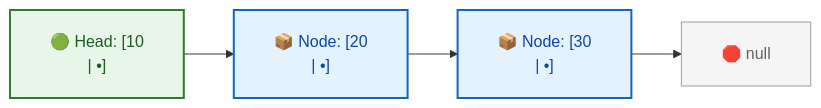
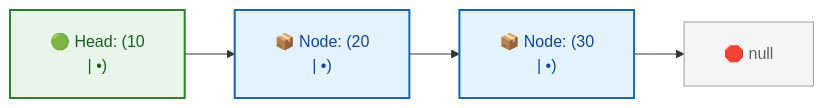
The second of 5 diagrams in week_02_foundations_ii_linear_data_structures/Week_02_Visual_Concepts_Playbook_HYBRID.md (dip4k/DSA_102), drawn with Mermaid before and after one commit. The commit also changed other lines of this file and 147 other files, not shown here.

First line of the commit message:
feat(curriculum): enrich Weeks 01-19 instructional modules & resolve repository-wide Mermaid cutoff

````diff
--- a/week_02_foundations_ii_linear_data_structures/Week_02_Visual_Concepts_Playbook_HYBRID.md
+++ b/week_02_foundations_ii_linear_data_structures/Week_02_Visual_Concepts_Playbook_HYBRID.md
@@ -180,14 +180,14 @@
 ```mermaid
 %%{init: {"flowchart": {"htmlLabels": true, "padding": 20}, "themeCSS": "foreignObject { overflow: visible !important; }"}}%%
 flowchart LR
     classDef headNode fill:#e8f5e9,stroke:#2e7d32,stroke-width:2px,color:#1b5e20
     classDef node fill:#e3f2fd,stroke:#1565c0,stroke-width:2px,color:#0d47a1
     classDef nullNode fill:#f5f5f5,stroke:#9e9e9e,stroke-width:1px,color:#616161
 
-    H["🟢 Head: [10<br/>| •]"]:::headNode
-    N2["📦 Node: [20<br/>| •]"]:::node
-    N3["📦 Node: [30<br/>| •]"]:::node
+    H["🟢 Head: (10<br/>| •)"]:::headNode
+    N2["📦 Node: (20<br/>| •)"]:::node
+    N3["📦 Node: (30<br/>| •)"]:::node
     Null["🛑 null"]:::nullNode
 
     H --> N2 --> N3 --> Null
 ```
````
